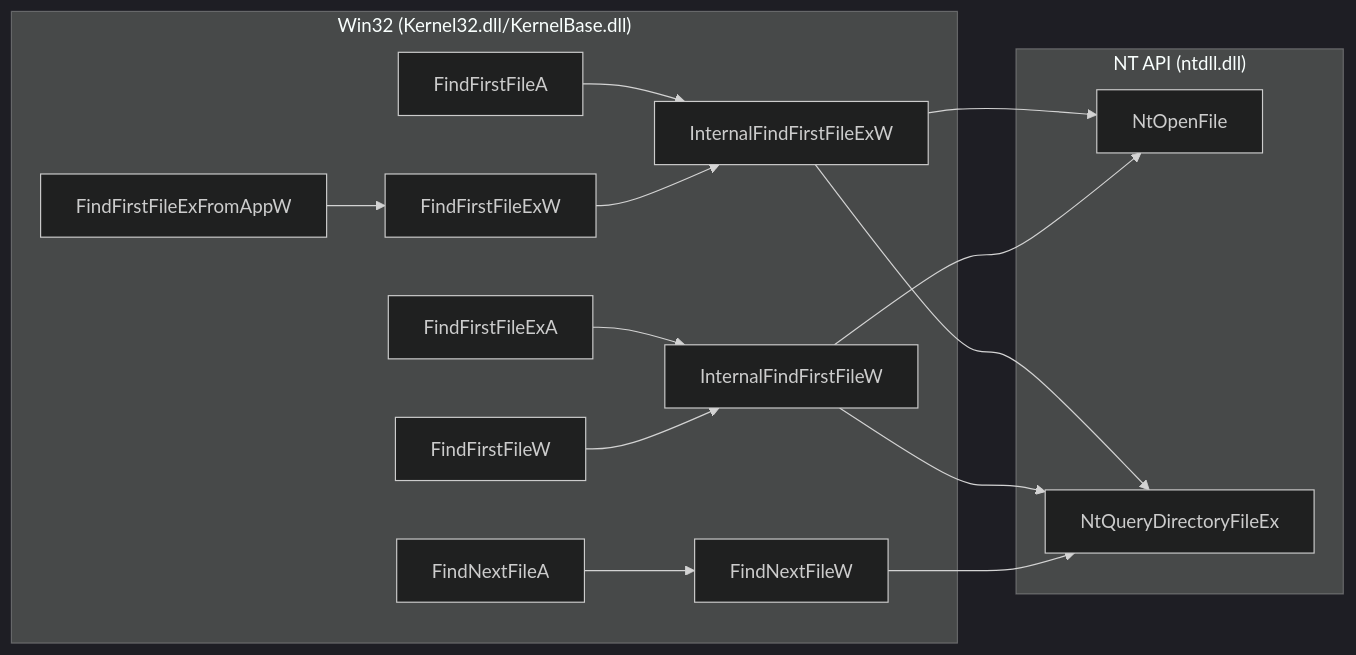
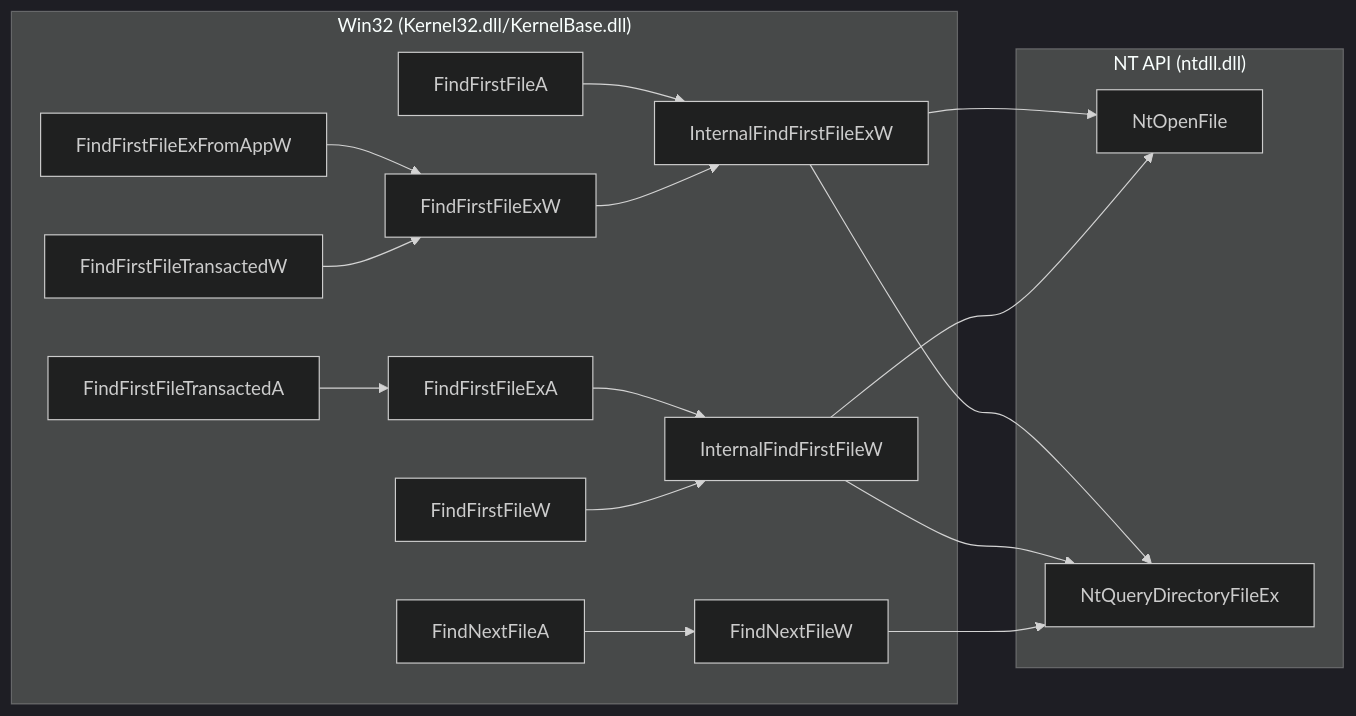
One commit to Sewer56/vfs-writeup changed the first of 10 diagrams in docs/index.md. Above: the diagram before and after it, drawn with Mermaid (dark theme). The commit also changed other lines of this file, not shown here.

Commit message:
Added: Extra FindFirst* APIs and Compressed File Sizes

````diff
--- a/docs/index.md
+++ b/docs/index.md
@@ -224,32 +224,36 @@
 ```mermaid
 flowchart LR
     subgraph Win32["Win32 (Kernel32.dll/KernelBase.dll)"]
     FindFirstFileA
     FindFirstFileExA
     FindFirstFileW
     FindFirstFileExW
     FindFirstFileExFromAppW
+    FindFirstFileTransactedA
+    FindFirstFileTransactedW
     InternalFindFirstFileExW
     InternalFindFirstFileW
     FindNextFileA
     FindNextFileW
 
     FindFirstFileA --> InternalFindFirstFileExW
     FindFirstFileExA --> InternalFindFirstFileW
     FindFirstFileExFromAppW --> FindFirstFileExW
     FindFirstFileExW --> InternalFindFirstFileExW
     FindFirstFileW --> InternalFindFirstFileW
+    FindFirstFileTransactedA --> FindFirstFileExA
+    FindFirstFileTransactedW --> FindFirstFileExW
     FindNextFileA --> FindNextFileW
     end
 
     subgraph NT["NT API (ntdll.dll)"]
     NtOpenFile
     NtQueryDirectoryFileEx
 
     InternalFindFirstFileExW --> NtOpenFile
     InternalFindFirstFileExW --> NtQueryDirectoryFileEx
     InternalFindFirstFileW --> NtOpenFile
     InternalFindFirstFileW --> NtQueryDirectoryFileEx
     FindNextFileW --> NtQueryDirectoryFileEx
     end
 ```
````
